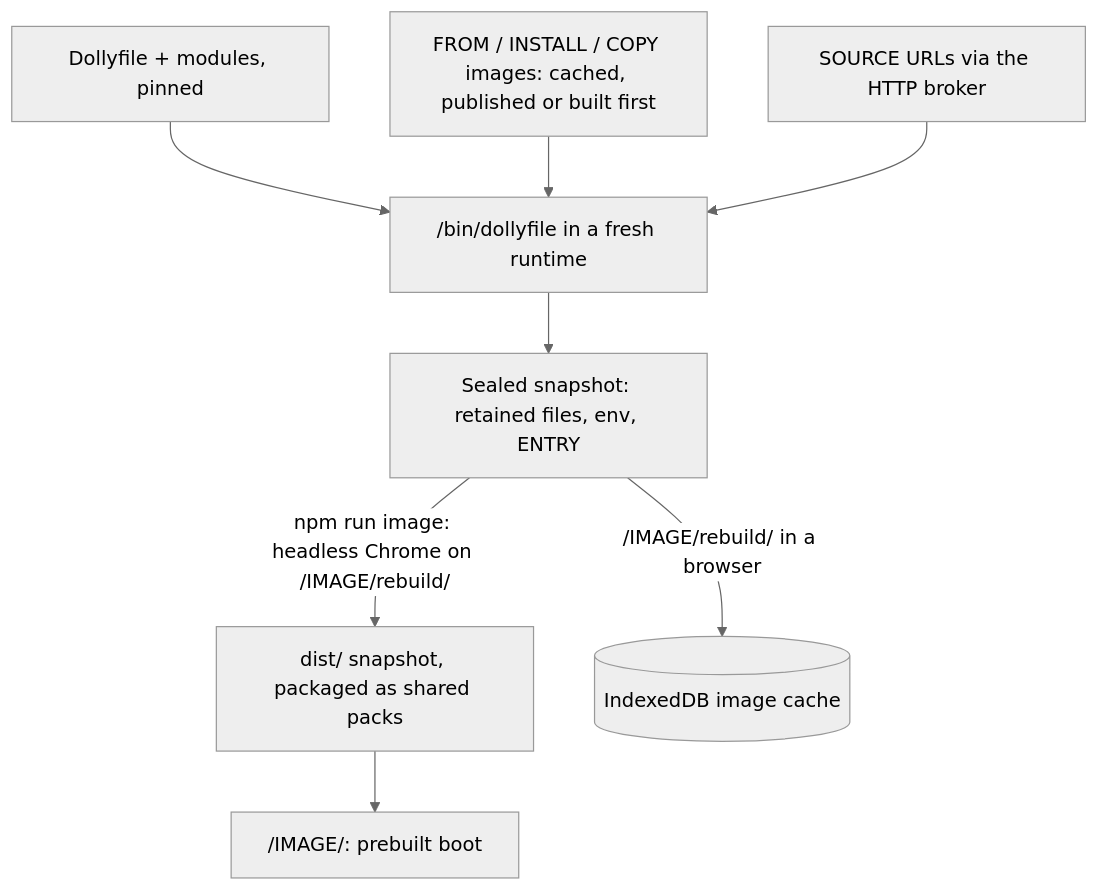
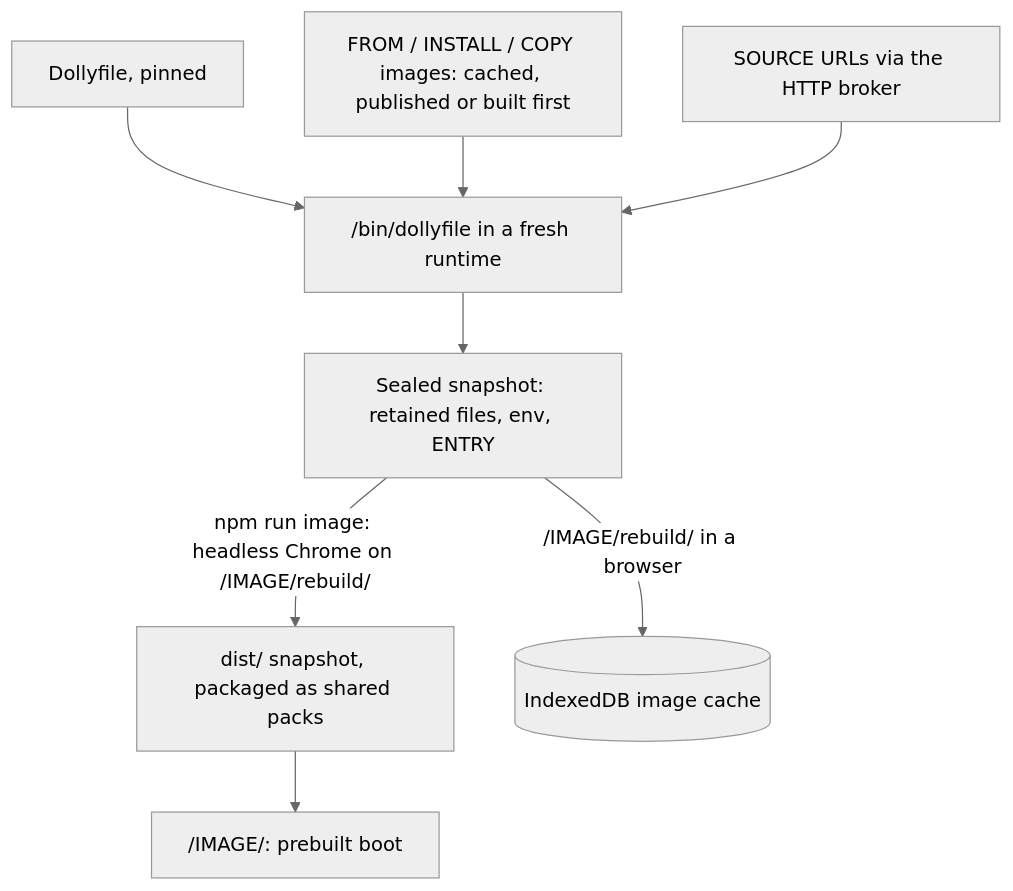
One commit to daugasauron/dolly changed the diagram in docs/dollyfile.md. Above: the diagram before and after it, drawn with Mermaid (neutral theme). The commit also changed other lines of this file and 2 other files, not shown here.

````diff
--- a/docs/dollyfile.md
+++ b/docs/dollyfile.md
@@ -228,10 +236,10 @@
 ```mermaid
 flowchart TD
-  recipe["Dollyfile + modules, pinned"] --> exec
+  recipe["Dollyfile, pinned"] --> exec
   bases["FROM / INSTALL / COPY images: cached, published or built first"] --> exec
   inputs["SOURCE URLs via the HTTP broker"] --> exec
   exec["/bin/dollyfile in a fresh runtime"] --> snap["Sealed snapshot: retained files, env, ENTRY"]
   snap -- "npm run image: headless Chrome on /IMAGE/rebuild/" --> packs["dist/ snapshot, packaged as shared packs"]
   snap -- "/IMAGE/rebuild/ in a browser" --> cache[("IndexedDB image cache")]
   packs --> boot["/IMAGE/: prebuilt boot"]
 ```
````
